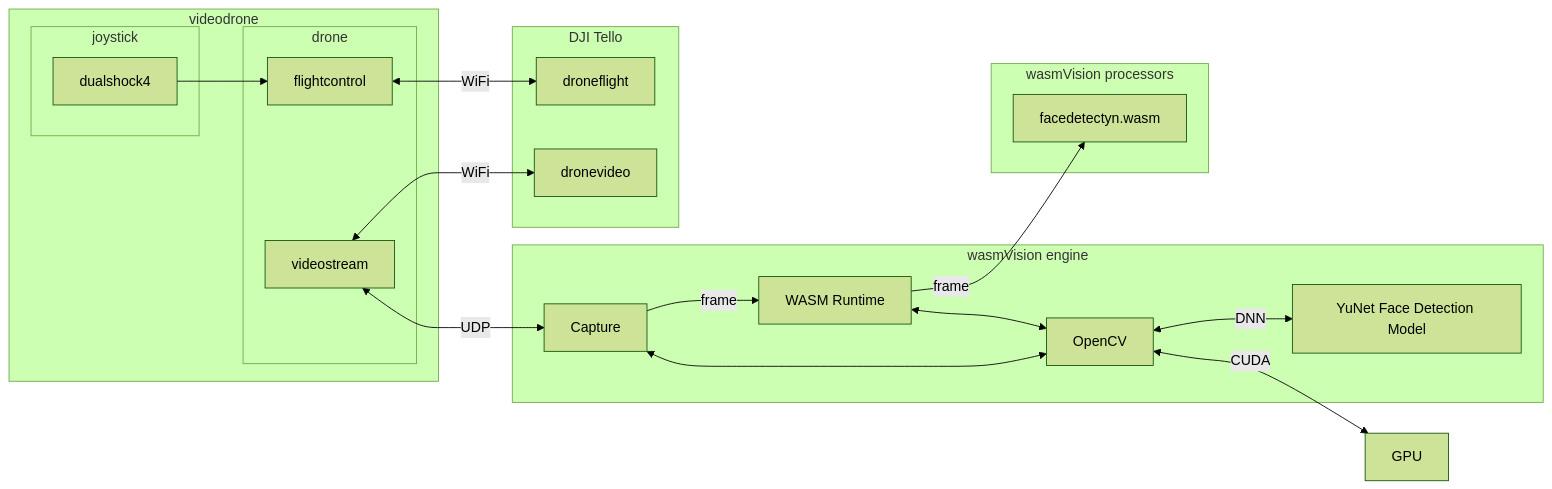
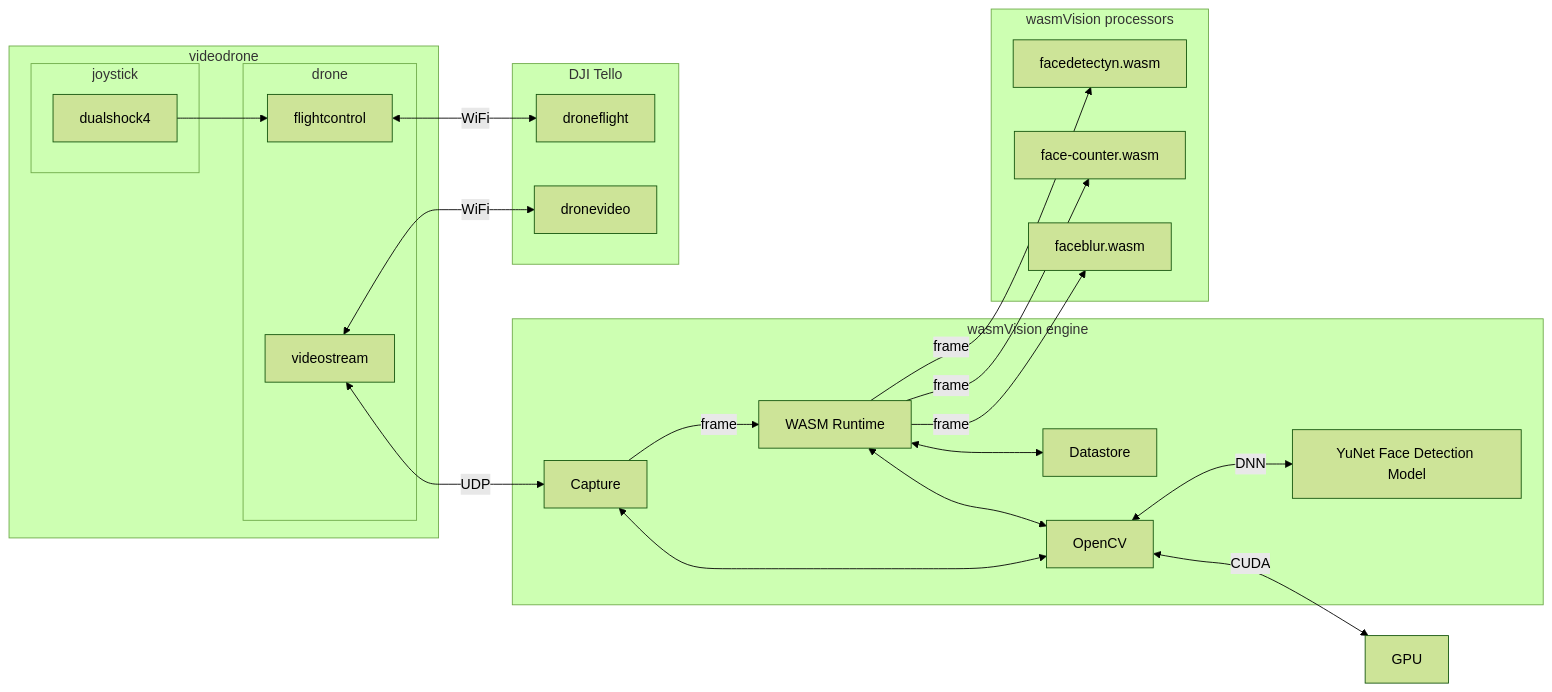
The diagram in diagrams/videodrone.md (deadprogram/opencv-live-2025), drawn with Mermaid (forest theme) before and after one commit. The commit also changed 12 other files, not shown here.

````diff
--- a/diagrams/videodrone.md
+++ b/diagrams/videodrone.md
@@ -1,28 +1,31 @@
 ```mermaid
 flowchart LR
 subgraph videodrone
     subgraph joystick
         dualshock4
     end
     subgraph drone
         dualshock4-->flightcontrol
         videostream
     end
 end
 subgraph wasmVision engine
     videostream<--UDP-->Capture
     Runtime[WASM Runtime]
+    Runtime<-->Datastore
     Capture--frame-->Runtime
     Capture<-->OpenCV
     Runtime<-->OpenCV
     OpenCV<--DNN-->YuNet[YuNet Face Detection Model]
 end
 OpenCV<--CUDA-->GPU
 subgraph wasmVision processors
     Runtime--frame-->facedetectyn.wasm
+    Runtime--frame-->face-counter.wasm    
+    Runtime--frame-->faceblur.wasm
 end
 subgraph DJI Tello
     flightcontrol<-- WiFi -->droneflight
     videostream<-- WiFi -->dronevideo
 end
 ```
````
